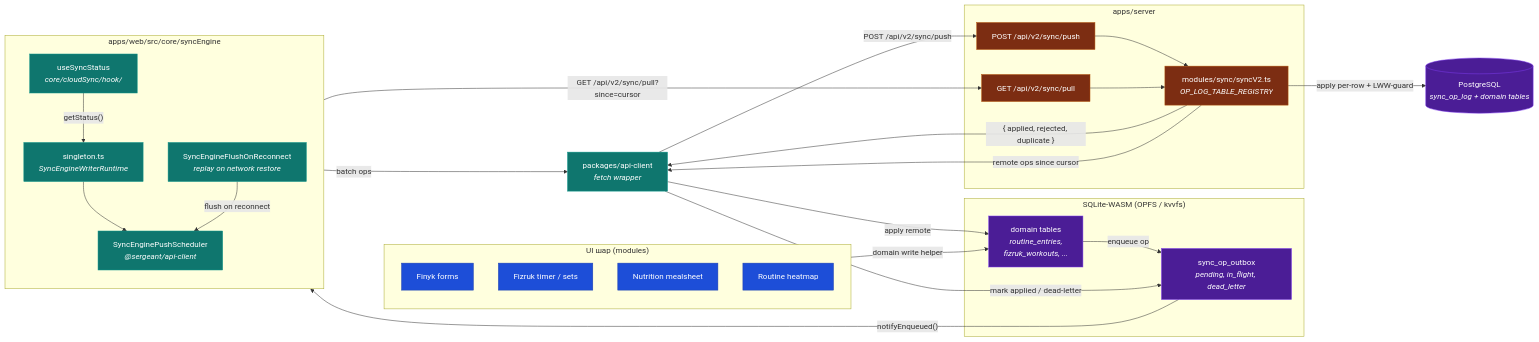
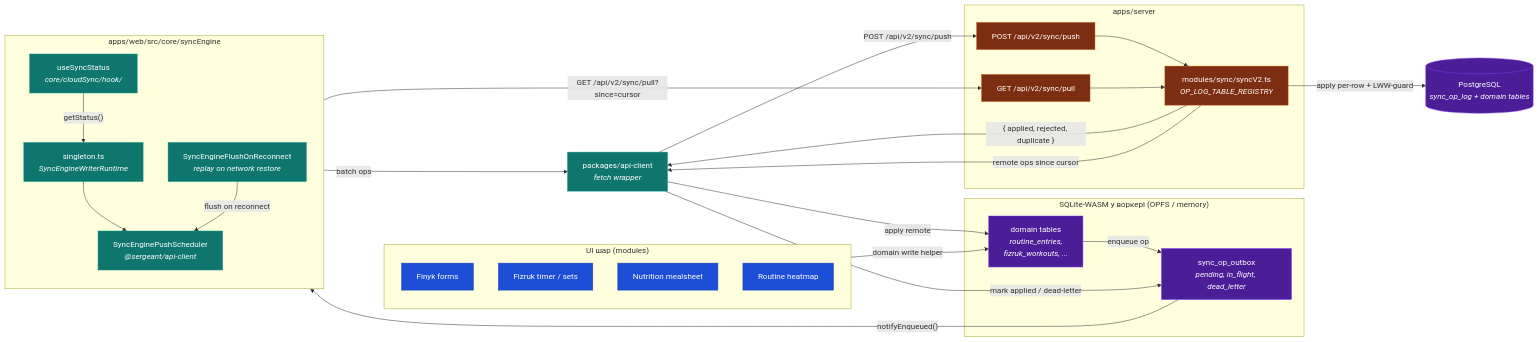
The diagram in docs/engineering/architecture/diagrams/c3-cloudsync.md (SkOrDs-02/sergeant), drawn with Mermaid before and after one commit. The commit also changed other lines of this file and 47 other files, not shown here.

````diff
--- a/docs/engineering/architecture/diagrams/c3-cloudsync.md
+++ b/docs/engineering/architecture/diagrams/c3-cloudsync.md
@@ -8,60 +8,60 @@
 ```mermaid
 flowchart LR
     subgraph UI["UI шар (modules)"]
         FinykUI["Finyk forms"]
         FizrukUI["Fizruk timer / sets"]
         NutritionUI["Nutrition mealsheet"]
         RoutineUI["Routine heatmap"]
     end
 
     subgraph SyncCore["apps/web/src/core/syncEngine"]
         direction TB
         Writer["singleton.ts<br/><i>SyncEngineWriterRuntime</i>"]
         Scheduler["SyncEnginePushScheduler<br/><i>@sergeant/api-client</i>"]
         FlushReconn["SyncEngineFlushOnReconnect<br/><i>replay on network restore</i>"]
         Status["useSyncStatus<br/><i>core/cloudSync/hook/</i>"]
     end
 
-    subgraph SQLite["SQLite-WASM (OPFS / kvvfs)"]
+    subgraph SQLite["SQLite-WASM у воркері (OPFS / memory)"]
         DomainTables["domain tables<br/><i>routine_entries,<br/>fizruk_workouts, ...</i>"]
         Outbox["sync_op_outbox<br/><i>pending, in_flight, dead_letter</i>"]
     end
 
     APIClient["packages/api-client<br/><i>fetch wrapper</i>"]
 
     subgraph Server["apps/server"]
         PushRoute["POST /api/v2/sync/push"]
         PullRoute["GET /api/v2/sync/pull"]
         SyncV2["modules/sync/syncV2.ts<br/><i>OP_LOG_TABLE_REGISTRY</i>"]
     end
 
     PG[("PostgreSQL<br/><i>sync_op_log + domain tables</i>")]
 
     UI -->|"domain write helper"| DomainTables
     DomainTables -->|"enqueue op"| Outbox
     Outbox -->|"notifyEnqueued()"| Writer
     Writer --> Scheduler
     Scheduler -->|"batch ops"| APIClient
     APIClient -->|"POST /api/v2/sync/push"| PushRoute
     PushRoute --> SyncV2
     SyncV2 -->|"apply per-row + LWW-guard"| PG
     SyncV2 -->|"{ applied, rejected, duplicate }"| APIClient
     APIClient -->|"mark applied / dead-letter"| Outbox
     FlushReconn -->|"flush on reconnect"| Scheduler
 
     Writer -->|"GET /api/v2/sync/pull?since=cursor"| PullRoute
     PullRoute --> SyncV2
     SyncV2 -->|"remote ops since cursor"| APIClient
     APIClient -->|"apply remote"| DomainTables
 
     Status -->|"getStatus()"| Writer
 
     classDef ui fill:#1d4ed8,stroke:#1e40af,color:#fff
     classDef core fill:#0f766e,stroke:#0d9488,color:#fff
     classDef server fill:#7c2d12,stroke:#b45309,color:#fff
     classDef store fill:#4b1d96,stroke:#7c3aed,color:#fff
     class FinykUI,FizrukUI,NutritionUI,RoutineUI ui
     class Writer,Scheduler,FlushReconn,Status,APIClient core
     class PushRoute,PullRoute,SyncV2 server
     class DomainTables,Outbox,PG store
 ```
````
